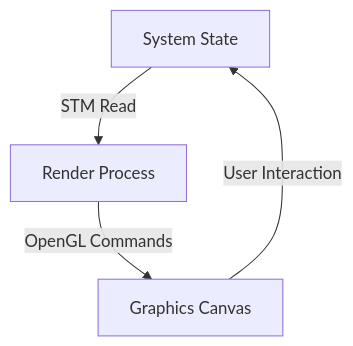
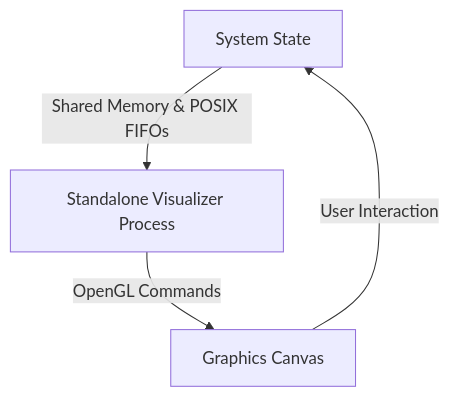
Before and after one commit to fderuiter/lambda-wave: the eighth of 8 diagrams in docs/SYSTEM_DIAGRAMS.md, drawn with Mermaid. The commit also changed other lines of this file and 7 other files, not shown here.

````diff
--- a/docs/SYSTEM_DIAGRAMS.md
+++ b/docs/SYSTEM_DIAGRAMS.md
@@ -213,6 +214,6 @@
 ```mermaid
 graph TD
-    ST[System State] -->|STM Read| RP[Render Process]
+    ST[System State] -->|Shared Memory & POSIX FIFOs| RP[Standalone Visualizer Process]
     RP -->|OpenGL Commands| GL_C[Graphics Canvas]
     GL_C -->|User Interaction| ST
 ```
````
